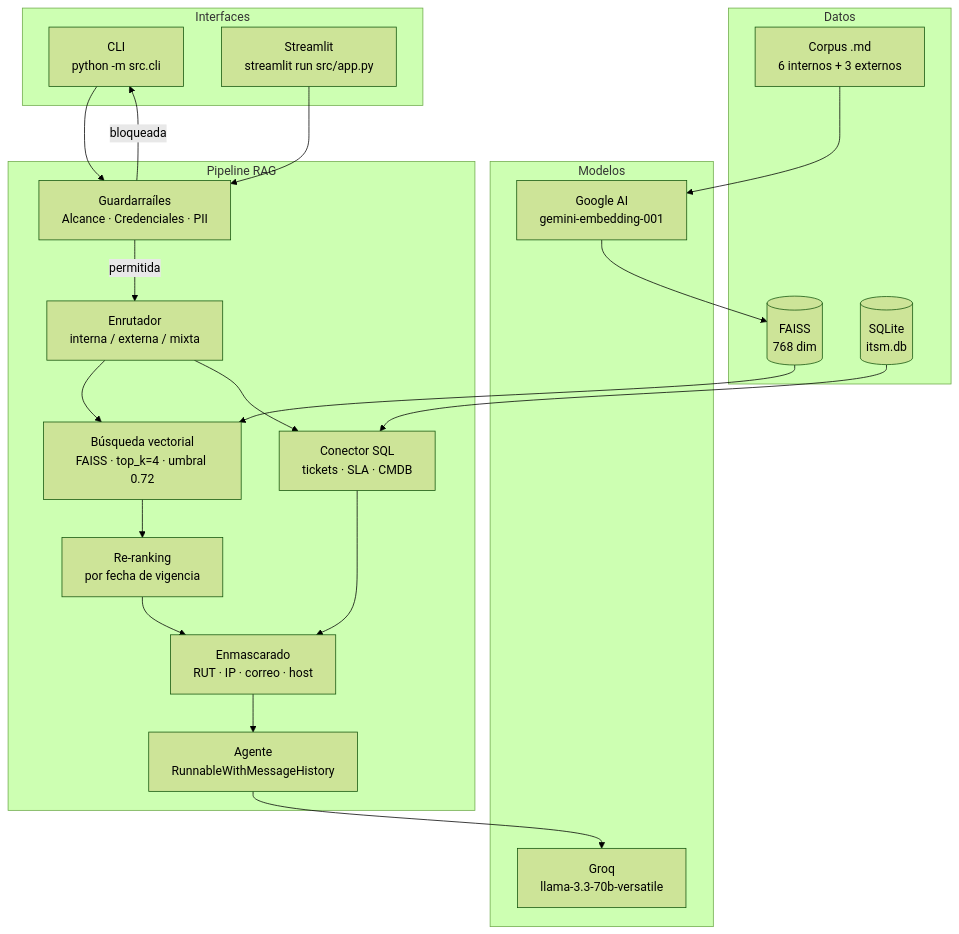
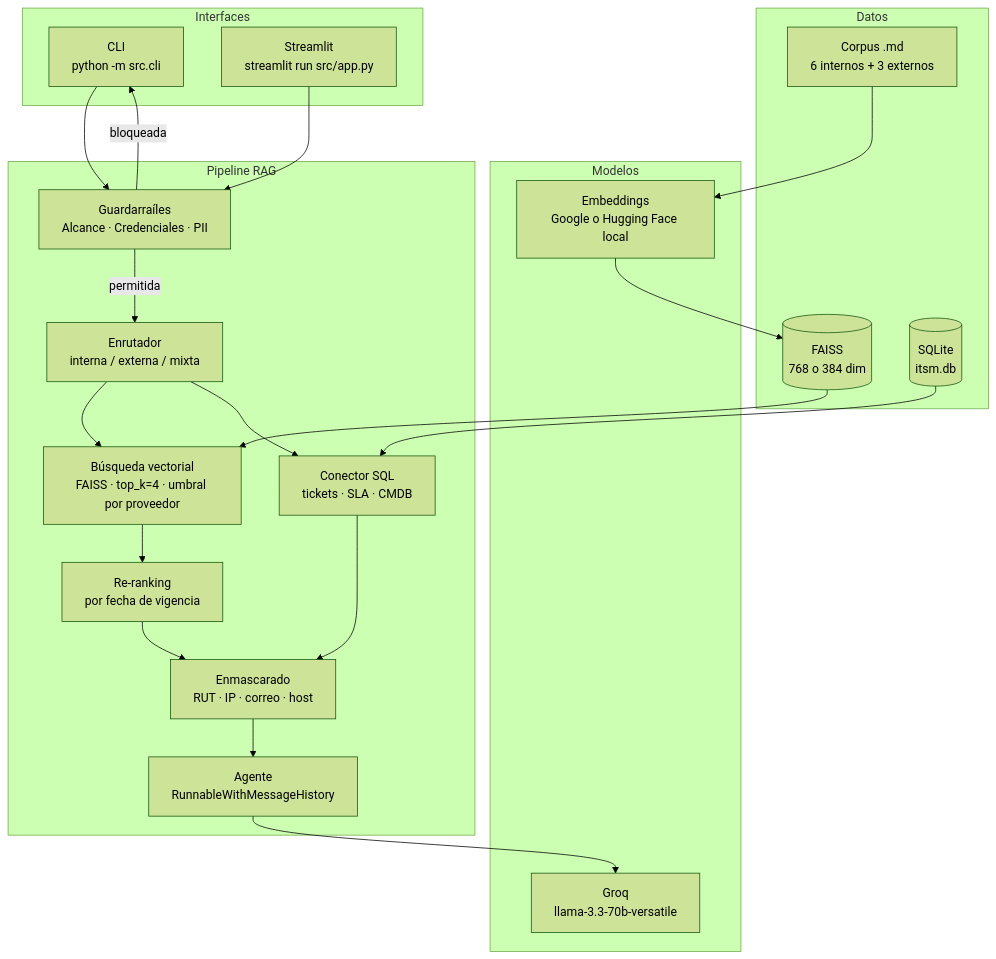
One commit to sebacvdo-prog/mesa-ayuda-ti-rag changed the diagram in README.md. Above: the diagram before and after it, drawn with Mermaid (forest theme). The commit also changed other lines of this file and 32 other files, not shown here.

````diff
--- a/README.md
+++ b/README.md
@@ -13,44 +51,44 @@
 ```mermaid
 flowchart TD
     subgraph Interfaces
         CLI["CLI\npython -m src.cli"]
         WEB["Streamlit\nstreamlit run src/app.py"]
     end
 
     subgraph Pipeline RAG
         GR["Guardarraíles\nAlcance · Credenciales · PII"]
         ENR["Enrutador\ninterna / externa / mixta"]
-        VEC["Búsqueda vectorial\nFAISS · top_k=4 · umbral 0.72"]
+        VEC["Búsqueda vectorial\nFAISS · top_k=4 · umbral por proveedor"]
         RR["Re-ranking\npor fecha de vigencia"]
         SQL["Conector SQL\ntickets · SLA · CMDB"]
         MSK["Enmascarado\nRUT · IP · correo · host"]
         AGT["Agente\nRunnableWithMessageHistory"]
     end
 
     subgraph Modelos
         LLM["Groq\nllama-3.3-70b-versatile"]
-        EMB["Google AI\ngemini-embedding-001"]
+        EMB["Embeddings\nGoogle o Hugging Face local"]
     end
 
     subgraph Datos
         DOCS["Corpus .md\n6 internos + 3 externos"]
-        FAISS[("FAISS\n768 dim")]
+        FAISS[("FAISS\n768 o 384 dim")]
         DB[("SQLite\nitsm.db")]
     end
 
     CLI --> GR
     WEB --> GR
     GR -->|permitida| ENR
     GR -->|bloqueada| CLI
     ENR --> VEC
     VEC --> RR
     ENR --> SQL
     RR --> MSK
     SQL --> MSK
     MSK --> AGT
     AGT --> LLM
     DOCS --> EMB
     EMB --> FAISS
     FAISS --> VEC
     DB --> SQL
 ```
````
